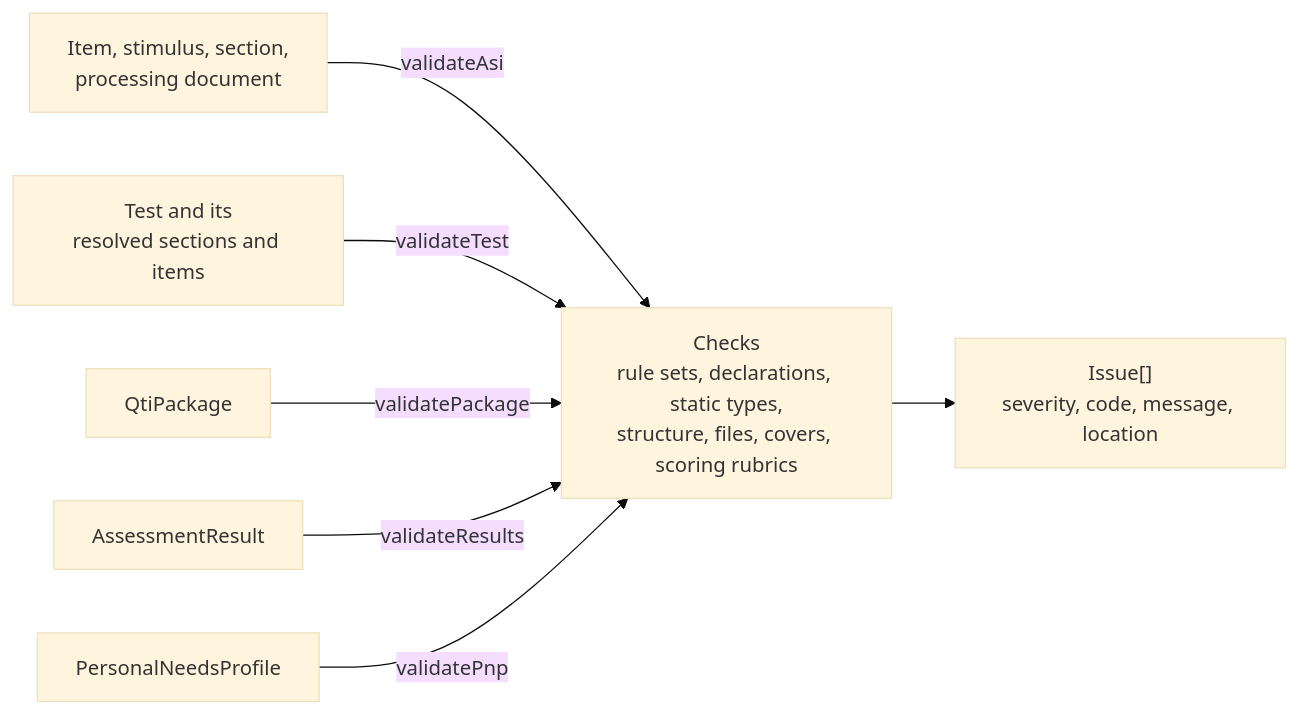
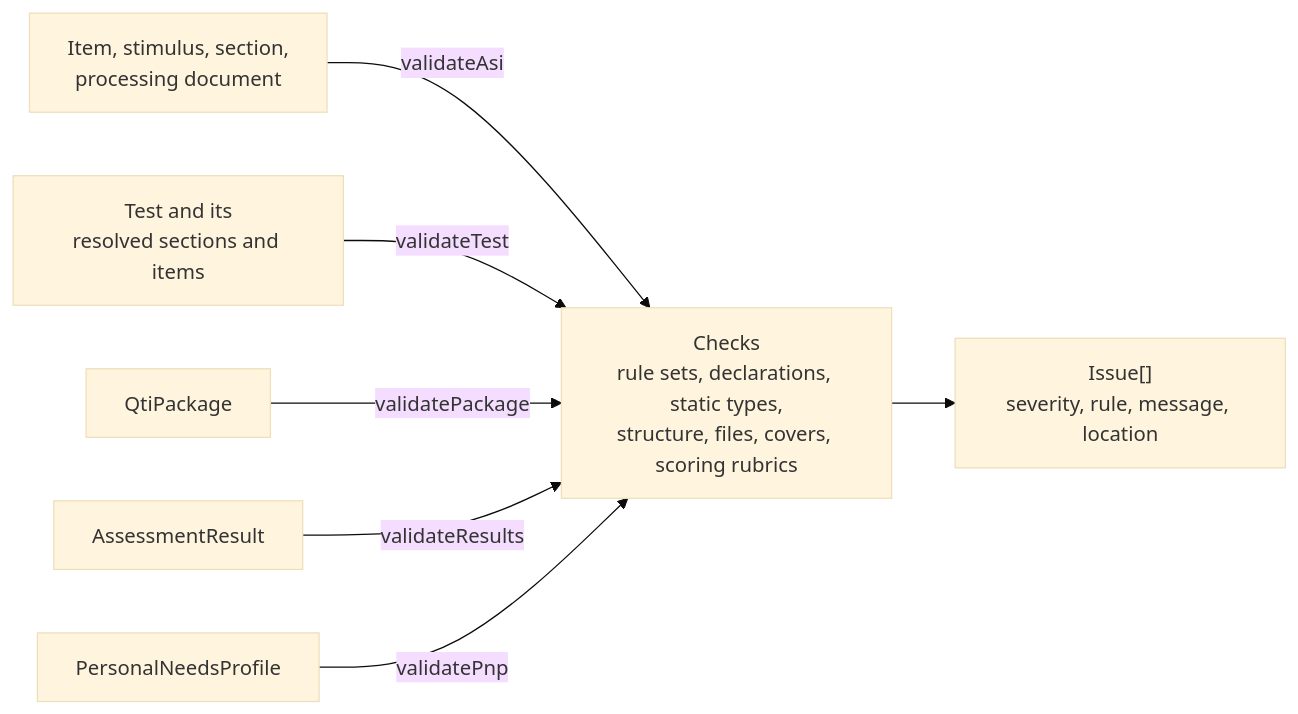
The diagram in docs/runtime/validate.md (assesskit/assesskit), drawn with Mermaid (base theme) before and after one commit. The commit also changed other lines of this file and 114 other files, not shown here.

First line of the commit message:
Name the cause of a refusal reason and the rule of an issue, as exported unions where they are closed

````diff
--- a/docs/runtime/validate.md
+++ b/docs/runtime/validate.md
@@ -10,9 +10,9 @@
 ```mermaid
 flowchart LR
   item["Item, stimulus, section,<br/>processing document"] -- "validateAsi" --> checks
   test["Test and its<br/>resolved sections and items"] -- "validateTest" --> checks
   pkg["QtiPackage"] -- "validatePackage" --> checks
   results["AssessmentResult"] -- "validateResults" --> checks
   profile["PersonalNeedsProfile"] -- "validatePnp" --> checks
-  checks["Checks<br/>rule sets, declarations, static types,<br/>structure, files, covers, scoring rubrics"] --> issues["Issue[]<br/>severity, code, message, location"]
+  checks["Checks<br/>rule sets, declarations, static types,<br/>structure, files, covers, scoring rubrics"] --> issues["Issue[]<br/>severity, rule, message, location"]
 ```
````
